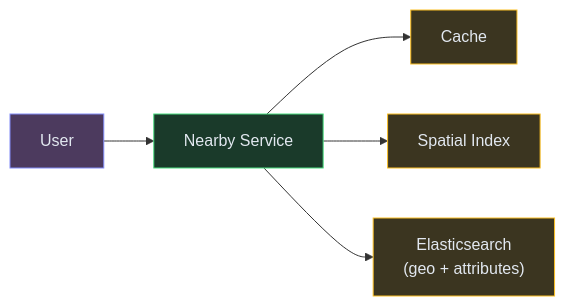
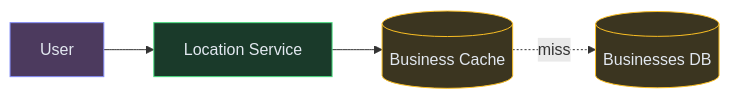
One commit to iluzn/HLD-Designs changed the third of 4 diagrams in content/hld/NearbyService.md. Above: the diagram before and after it, drawn with Mermaid. The commit also changed other lines of this file and 8 other files, not shown here.

````diff
--- a/content/hld/NearbyService.md
+++ b/content/hld/NearbyService.md
@@ -230,17 +132,15 @@
 ```mermaid
 flowchart LR
     USER["User"]:::client
-    NEARBY["Nearby Service"]:::service
-    GEODEX["Spatial Index"]:::data
-    SEARCH["Elasticsearch<br/>(geo + attributes)"]:::data
-    CACHE["Cache"]:::data
+    API["Location Service"]:::service
+    CACHE[("Business Cache")]:::data
+    DB[("Businesses DB")]:::data
 
-    USER --> NEARBY
-    NEARBY --> CACHE
-    NEARBY --> GEODEX
-    NEARBY --> SEARCH
+    USER --> API
+    API --> CACHE
+    CACHE -.->|miss| DB
 
     classDef client fill:#4c3a5e,stroke:#818cf8,color:#e2e8f0
     classDef service fill:#1a3a2a,stroke:#4ade80,color:#e2e8f0
     classDef data fill:#3b3520,stroke:#fbbf24,color:#e2e8f0
 ```
````
